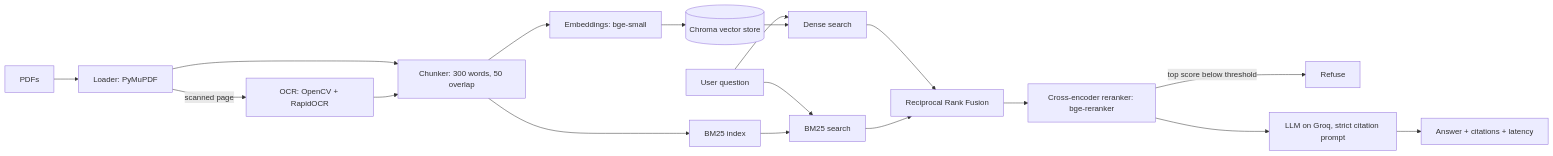
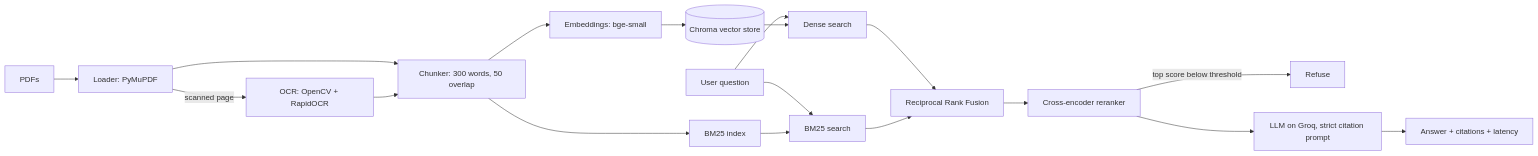
The diagram in README.md (sakshi-maurya1/CourseMate), drawn with Mermaid before and after one commit. The commit also changed other lines of this file and 1 other file, not shown here.

````diff
--- a/README.md
+++ b/README.md
@@ -54,20 +26,20 @@
 ```mermaid
 flowchart LR
     A[PDFs] --> B[Loader: PyMuPDF]
     B -->|scanned page| C[OCR: OpenCV + RapidOCR]
     B --> D[Chunker: 300 words, 50 overlap]
     C --> D
     D --> E[Embeddings: bge-small]
     D --> F[BM25 index]
     E --> G[(Chroma vector store)]
     Q[User question] --> H[Dense search]
     Q --> I[BM25 search]
     G --> H
     F --> I
     H --> J[Reciprocal Rank Fusion]
     I --> J
-    J --> K[Cross-encoder reranker: bge-reranker]
+    J --> K[Cross-encoder reranker]
     K -->|top score below threshold| R[Refuse]
     K --> L[LLM on Groq, strict citation prompt]
     L --> M[Answer + citations + latency]
 ```
````
